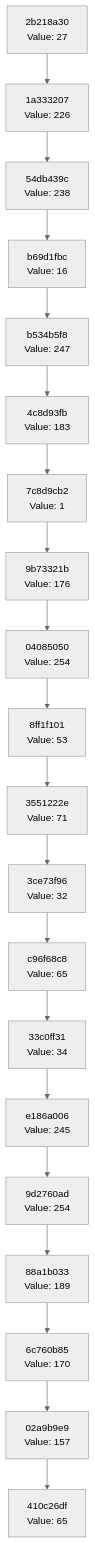
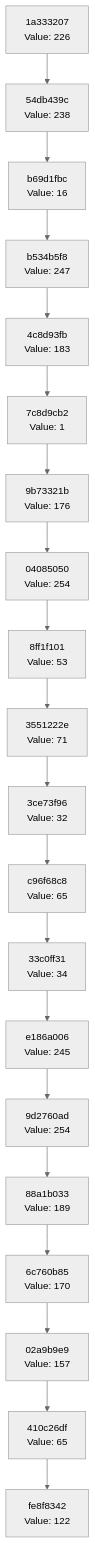
Before and after one commit to Abhisheksinha1506/hash-chain-evolver: the diagram in docs/CHAIN_VISUALIZATION.md, drawn with Mermaid (neutral theme). The commit also changed 3 other files, not shown here.

````diff
--- a/docs/CHAIN_VISUALIZATION.md
+++ b/docs/CHAIN_VISUALIZATION.md
@@ -3,42 +3,42 @@
 ```mermaid
 graph TD
-    C0["410c26df<br/>Value: 65"]
-    C1["02a9b9e9<br/>Value: 157"]
+    C0["fe8f8342<br/>Value: 122"]
+    C1["410c26df<br/>Value: 65"]
     C1 --> C0
-    C2["6c760b85<br/>Value: 170"]
+    C2["02a9b9e9<br/>Value: 157"]
     C2 --> C1
-    C3["88a1b033<br/>Value: 189"]
+    C3["6c760b85<br/>Value: 170"]
     C3 --> C2
-    C4["9d2760ad<br/>Value: 254"]
+    C4["88a1b033<br/>Value: 189"]
     C4 --> C3
-    C5["e186a006<br/>Value: 245"]
+    C5["9d2760ad<br/>Value: 254"]
     C5 --> C4
-    C6["33c0ff31<br/>Value: 34"]
+    C6["e186a006<br/>Value: 245"]
     C6 --> C5
-    C7["c96f68c8<br/>Value: 65"]
+    C7["33c0ff31<br/>Value: 34"]
     C7 --> C6
-    C8["3ce73f96<br/>Value: 32"]
+    C8["c96f68c8<br/>Value: 65"]
     C8 --> C7
-    C9["3551222e<br/>Value: 71"]
+    C9["3ce73f96<br/>Value: 32"]
     C9 --> C8
-    C10["8ff1f101<br/>Value: 53"]
+    C10["3551222e<br/>Value: 71"]
     C10 --> C9
-    C11["04085050<br/>Value: 254"]
+    C11["8ff1f101<br/>Value: 53"]
     C11 --> C10
-    C12["9b73321b<br/>Value: 176"]
+    C12["04085050<br/>Value: 254"]
     C12 --> C11
-    C13["7c8d9cb2<br/>Value: 1"]
+    C13["9b73321b<br/>Value: 176"]
     C13 --> C12
-    C14["4c8d93fb<br/>Value: 183"]
+    C14["7c8d9cb2<br/>Value: 1"]
     C14 --> C13
-    C15["b534b5f8<br/>Value: 247"]
+    C15["4c8d93fb<br/>Value: 183"]
     C15 --> C14
-    C16["b69d1fbc<br/>Value: 16"]
+    C16["b534b5f8<br/>Value: 247"]
     C16 --> C15
-    C17["54db439c<br/>Value: 238"]
+    C17["b69d1fbc<br/>Value: 16"]
     C17 --> C16
-    C18["1a333207<br/>Value: 226"]
+    C18["54db439c<br/>Value: 238"]
     C18 --> C17
-    C19["2b218a30<br/>Value: 27"]
+    C19["1a333207<br/>Value: 226"]
     C19 --> C18
 ```
````
